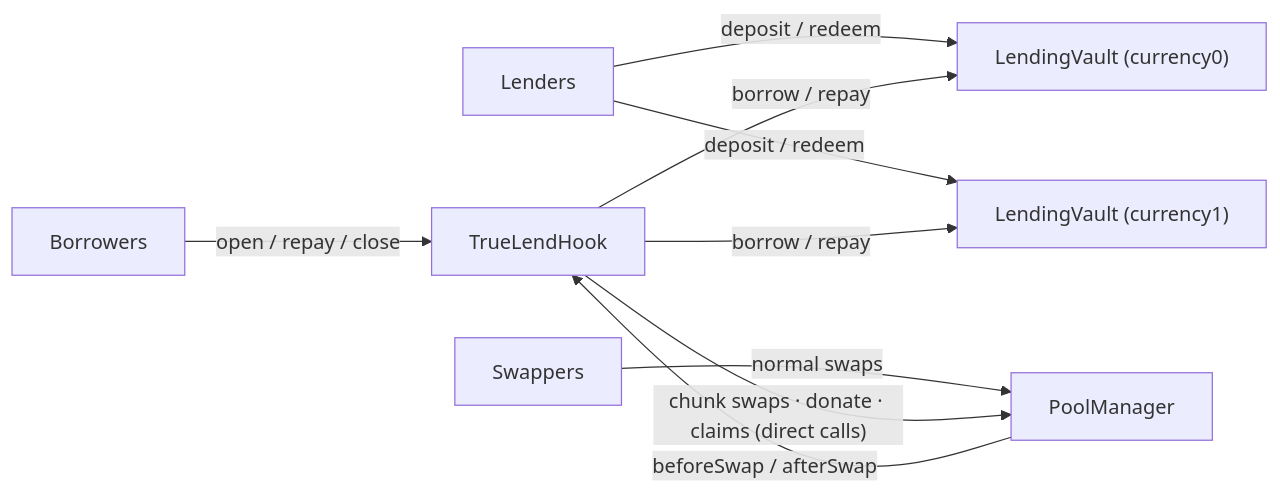
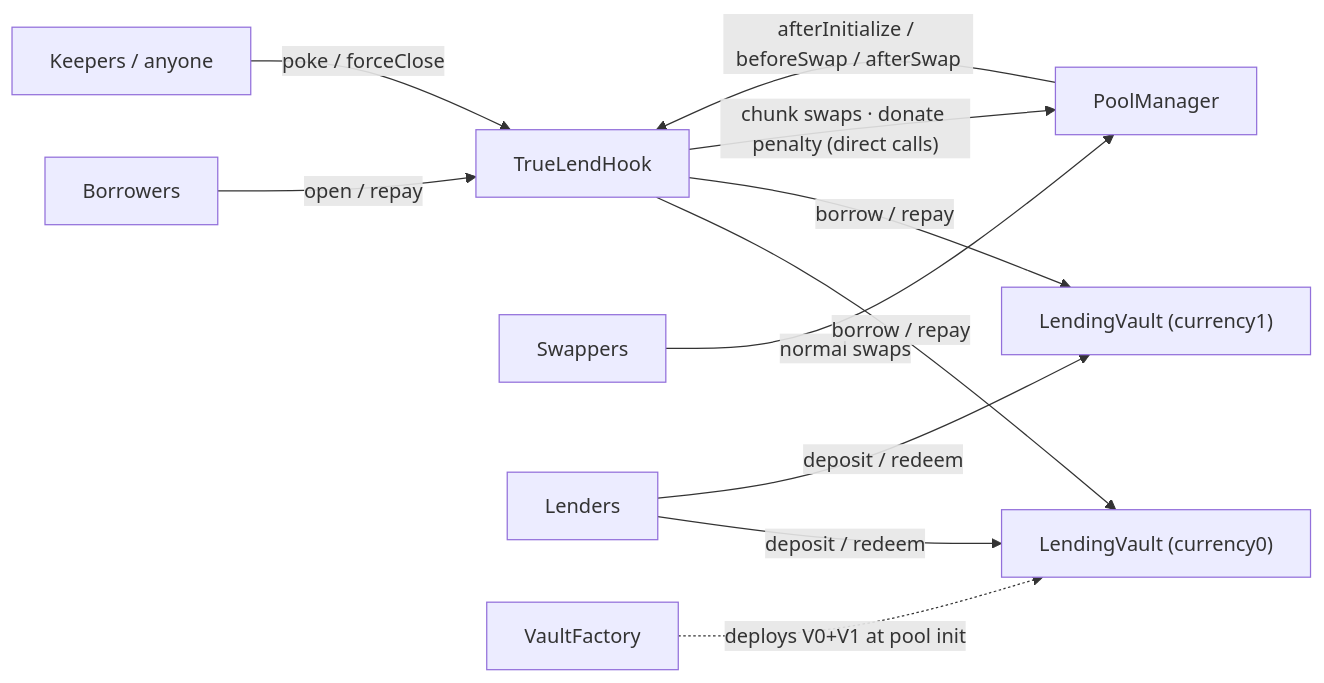
The second of 3 diagrams in DESIGN.md (queenleoa/TrueLend), drawn with Mermaid before and after one commit. The commit also changed other lines of this file and 5 other files, not shown here.

````diff
--- a/DESIGN.md
+++ b/DESIGN.md
@@ -95,11 +95,13 @@
 ```mermaid
 flowchart LR
-    B[Borrowers] -- "open / repay / close" --> H
+    B[Borrowers] -- "open / repay" --> H
+    K[Keepers / anyone] -- "poke / forceClose" --> H
     S[Swappers] -- "normal swaps" --> PM[PoolManager]
     L[Lenders] -- "deposit / redeem" --> V0["LendingVault (currency0)"]
     L -- "deposit / redeem" --> V1["LendingVault (currency1)"]
     H[TrueLendHook] -- "borrow / repay" --> V0
     H -- "borrow / repay" --> V1
-    PM -- "beforeSwap / afterSwap" --> H
-    H -- "chunk swaps · donate · claims (direct calls)" --> PM
+    F[VaultFactory] -. "deploys V0+V1 at pool init" .-> V0
+    PM -- "afterInitialize / beforeSwap / afterSwap" --> H
+    H -- "chunk swaps · donate penalty (direct calls)" --> PM
 ```
````
